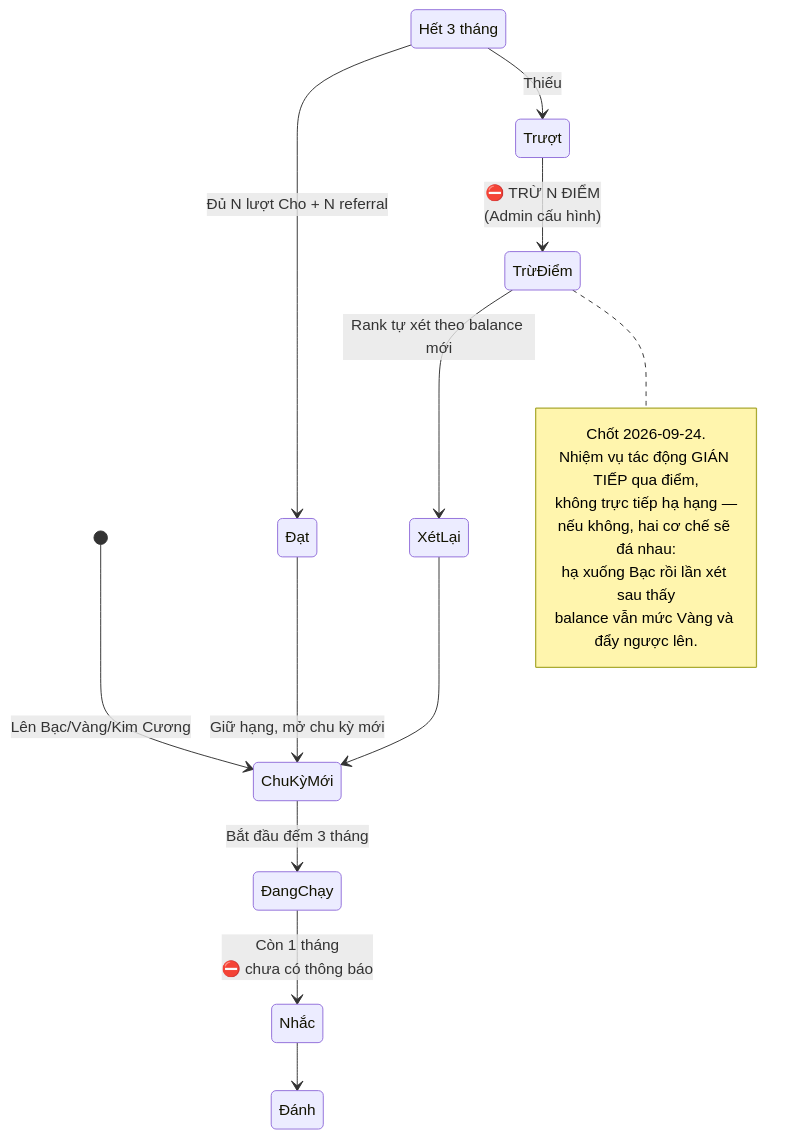
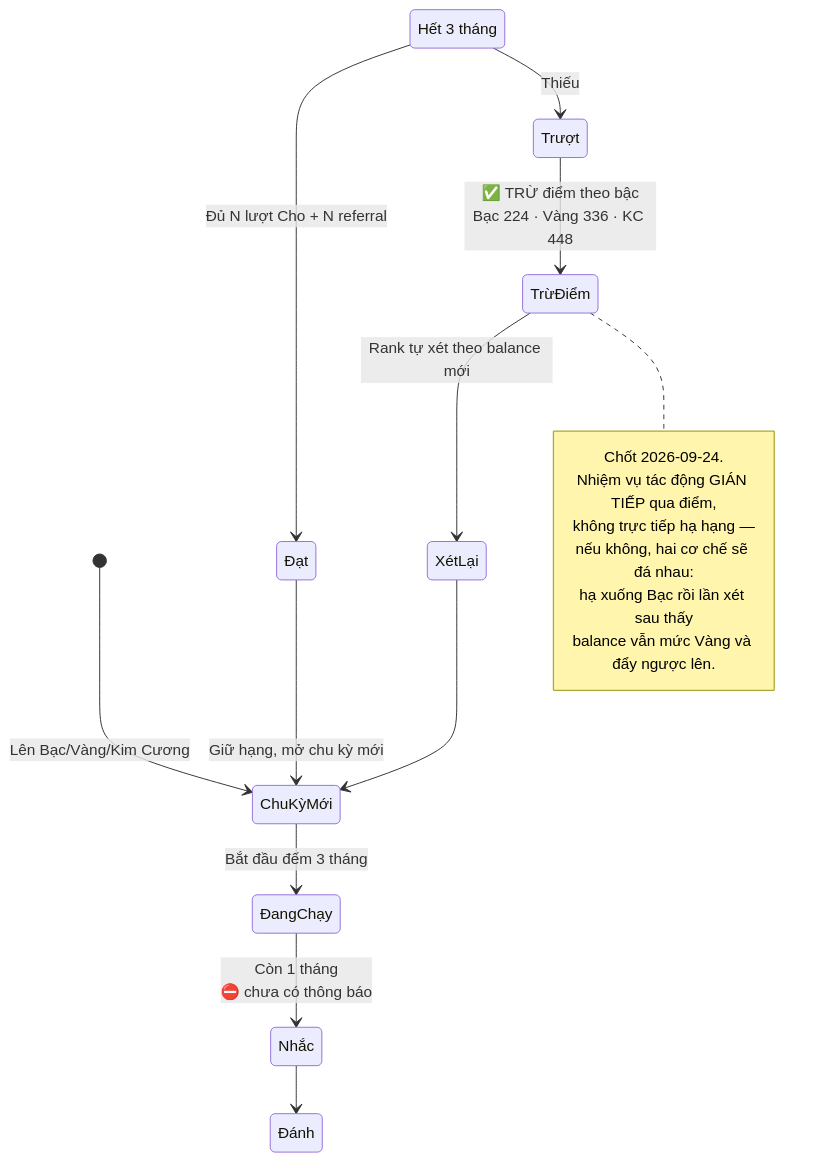
One commit to fdshn/trueheart changed the third of 7 diagrams in docs/diagram/12-rank.md. Above: the diagram before and after it, drawn with Mermaid. The commit also changed other lines of this file and 30 other files, not shown here.

First line of the commit message:
feat(rank): hạng do balance quyết, trượt nhiệm vụ trừ điểm, cảnh báo sắp tụt

````diff
--- a/docs/diagram/12-rank.md
+++ b/docs/diagram/12-rank.md
@@ -44,24 +44,24 @@
 ```mermaid
 stateDiagram-v2
     [*] --> ChuKỳMới: Lên Bạc/Vàng/Kim Cương
     ChuKỳMới --> ĐangChạy: Bắt đầu đếm 3 tháng
     ĐangChạy --> Nhắc: Còn 1 tháng<br/>⛔ chưa có thông báo
     Nhắc --> Đánh giá: Hết 3 tháng
 
     Đánh giá --> Đạt: Đủ N lượt Cho + N referral
     Đánh giá --> Trượt: Thiếu
 
     Đạt --> ChuKỳMới: Giữ hạng, mở chu kỳ mới
-    Trượt --> TrừĐiểm: ⛔ TRỪ N ĐIỂM<br/>(Admin cấu hình)
+    Trượt --> TrừĐiểm: ✅ TRỪ điểm theo bậc<br/>Bạc 224 · Vàng 336 · KC 448
     TrừĐiểm --> XétLại: Rank tự xét theo balance mới
     XétLại --> ChuKỳMới
 
     note right of TrừĐiểm
         Chốt 2026-09-24.
         Nhiệm vụ tác động GIÁN TIẾP qua điểm,
         không trực tiếp hạ hạng —
         nếu không, hai cơ chế sẽ đá nhau:
         hạ xuống Bạc rồi lần xét sau thấy
         balance vẫn mức Vàng và đẩy ngược lên.
     end note
 ```
````
